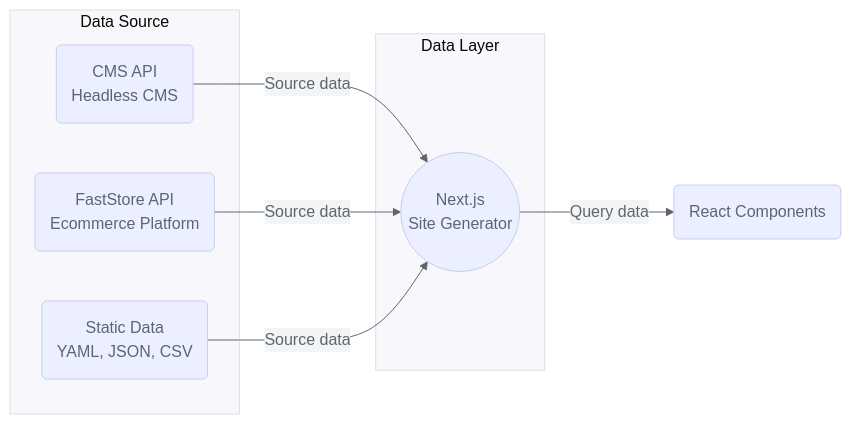
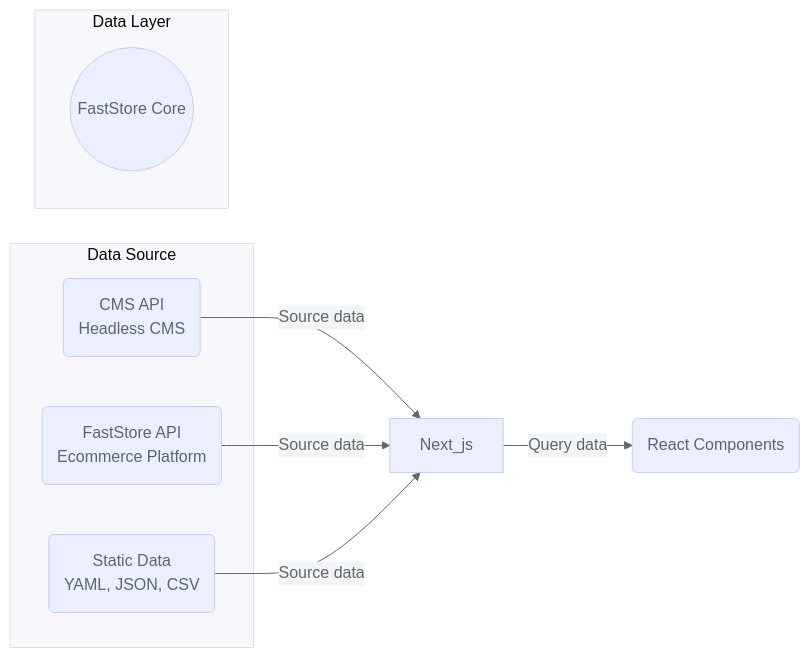
One commit to vtex/faststore changed the diagram in apps/site/pages/docs/faststore-api.mdx. Above: the diagram before and after it, drawn with Mermaid. The commit also changed 4 other files, not shown here.

````diff
--- a/apps/site/pages/docs/faststore-api.mdx
+++ b/apps/site/pages/docs/faststore-api.mdx
@@ -30,31 +30,31 @@
 ```mermaid
 %%{
   init: {
     'theme': 'base',
     'themeVariables': {
       'primaryColor': '#EBEFFF',
       'primaryTextColor': '#5D666F',
       'lineColor': '#5D666F',
       'secondaryColor': '#F3F4F6',
       'tertiaryColor': '#F8F7FC'
     }
   }
 }%%
 
 flowchart LR
 
 subgraph Data_Source[Data Source]
     CMS_API(CMS API <BR /> Headless CMS)
     FastStore_API(FastStore API <BR /> Ecommerce Platform)
     Static_Data(Static Data <BR /> YAML, JSON, CSV)
 end
 
 subgraph Data_Layer[Data Layer]
-    Next_js((Next.js <br /> Site Generator))
+    FastStore((FastStore Core))
 end
 
 CMS_API -->|Source data| Next_js
 FastStore_API -->|Source data| Next_js
 Static_Data -->|Source data| Next_js
 Next_js -->|Query data| React_Components(React Components)
 ```
````
